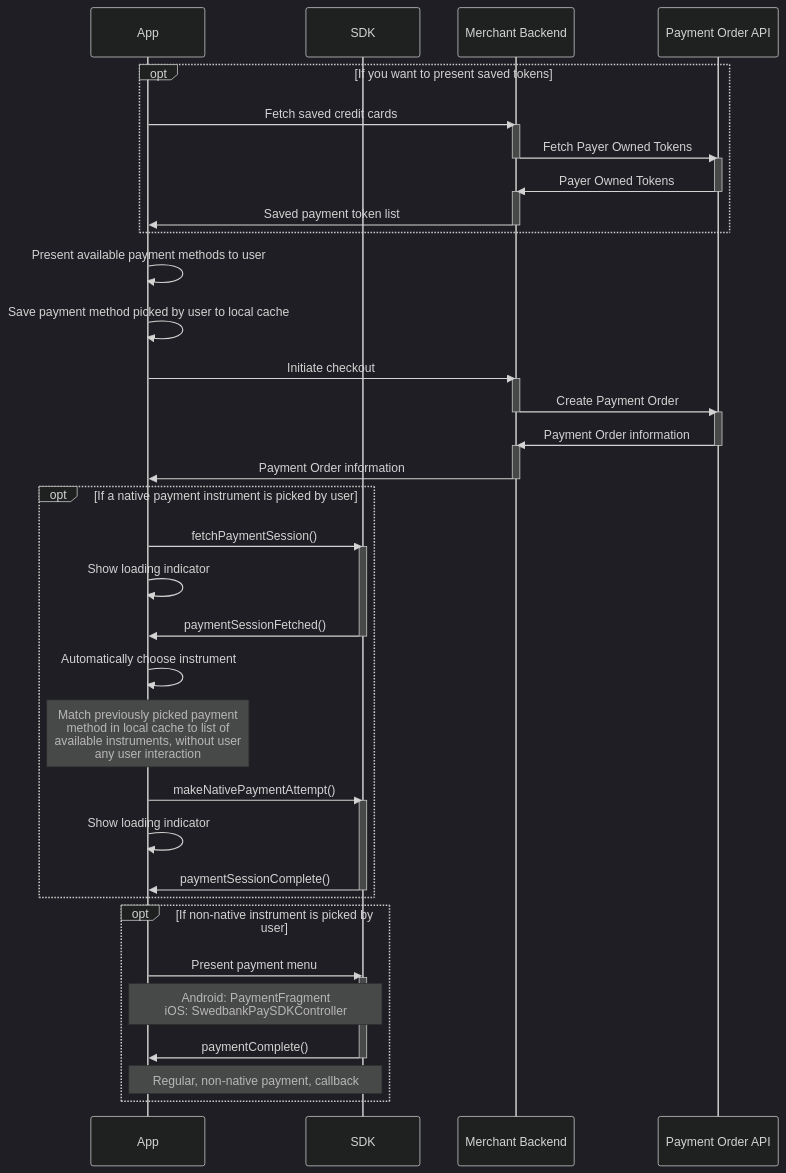
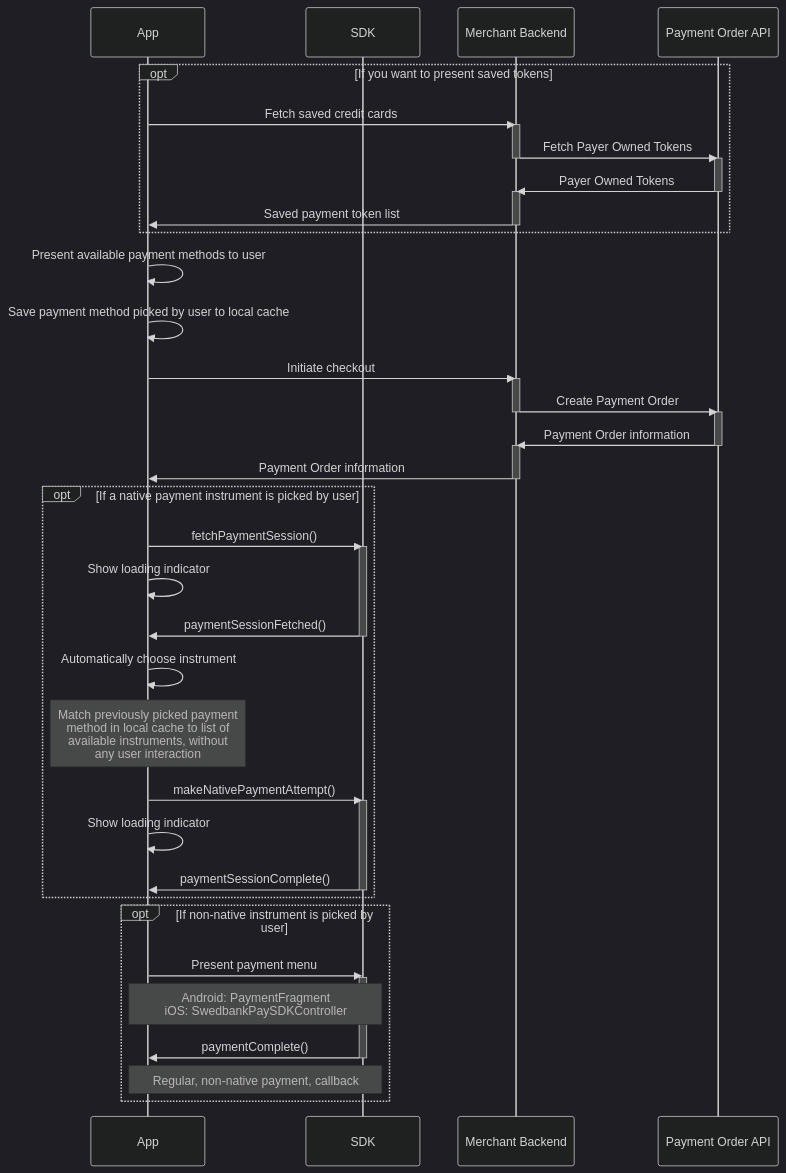
Before and after one commit to SwedbankPay/developer.swedbankpay.com: the fourth of 4 diagrams in checkout-v3/modules-sdks/mobile-sdk/native-payments.md, drawn with Mermaid (dark theme). The commit also changed other lines of this file, not shown here.

````diff
--- a/checkout-v3/modules-sdks/mobile-sdk/native-payments.md
+++ b/checkout-v3/modules-sdks/mobile-sdk/native-payments.md
@@ -834,54 +834,54 @@
 ```mermaid
 sequenceDiagram
     participant App
     participant SDK
     participant Backend as Merchant Backend
     participant SWP as Payment Order API
     
     opt If you want to present saved tokens
         App ->> Backend: Fetch saved credit cards
         activate Backend
         Backend ->> SWP: Fetch Payer Owned Tokens
         deactivate Backend
         activate SWP
         SWP ->> Backend: Payer Owned Tokens
         deactivate SWP
         activate Backend
         Backend ->> App: Saved payment token list
         deactivate Backend
     end
     App ->> App: Present available payment methods to user
     App ->> App: Save payment method picked by user to local cache
     App ->> Backend: Initiate checkout
     activate Backend
     Backend ->> SWP: Create Payment Order
     deactivate Backend
     activate SWP
     SWP ->> Backend: Payment Order information
     deactivate SWP
     activate Backend
     Backend ->> App: Payment Order information
     deactivate Backend
     opt If a native payment instrument is picked by user
         App ->> SDK: fetchPaymentSession()
         activate SDK
         App ->> App: Show loading indicator
         SDK ->> App: paymentSessionFetched()
         deactivate SDK
         App ->> App: Automatically choose instrument
-        note over App: Match previously picked payment<br/>method in local cache to list of<br/>available instruments, without user<br/>any user interaction
+        note over App: Match previously picked payment<br/>method in local cache to list of<br/>available instruments, without<br/>any user interaction
         App ->> SDK: makeNativePaymentAttempt()
         activate SDK
         App ->> App: Show loading indicator
         SDK ->> App: paymentSessionComplete()
         deactivate SDK
     end
     opt If non-native instrument is picked by user
         App ->> SDK: Present payment menu
         activate SDK
         note over App, SDK: Android: PaymentFragment<br/>iOS: SwedbankPaySDKController
         SDK ->> App: paymentComplete()
         deactivate SDK
         note over App, SDK: Regular, non-native payment, callback
     end
 ```
````
